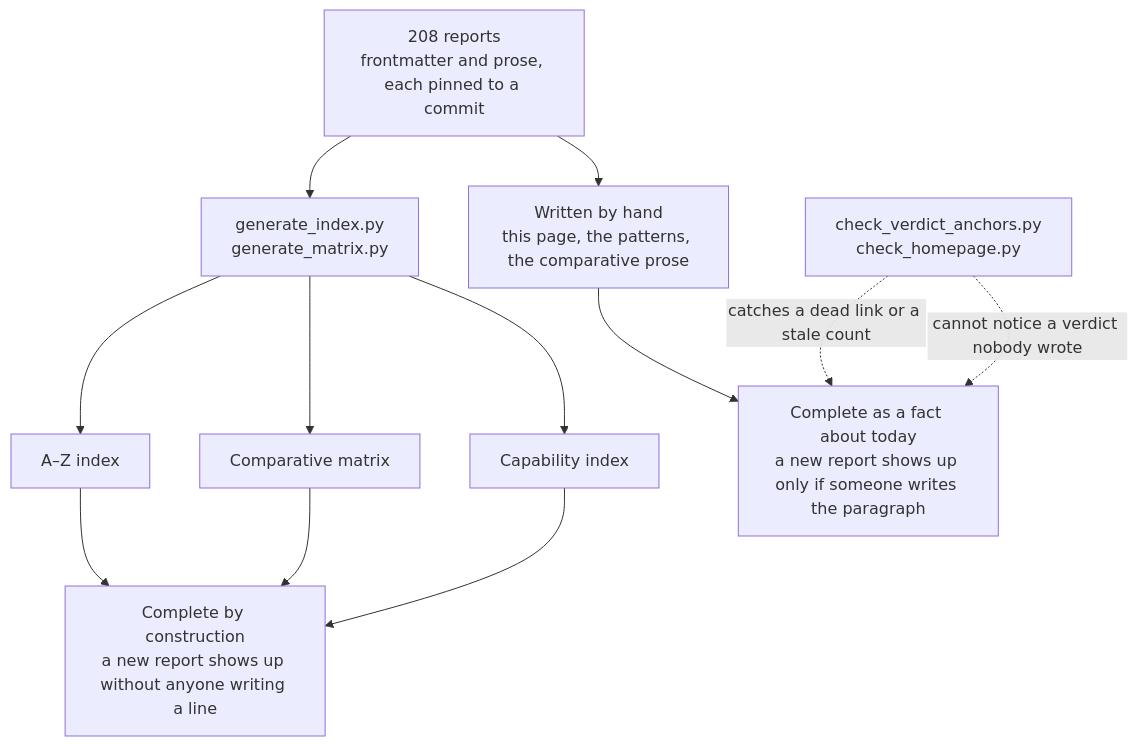
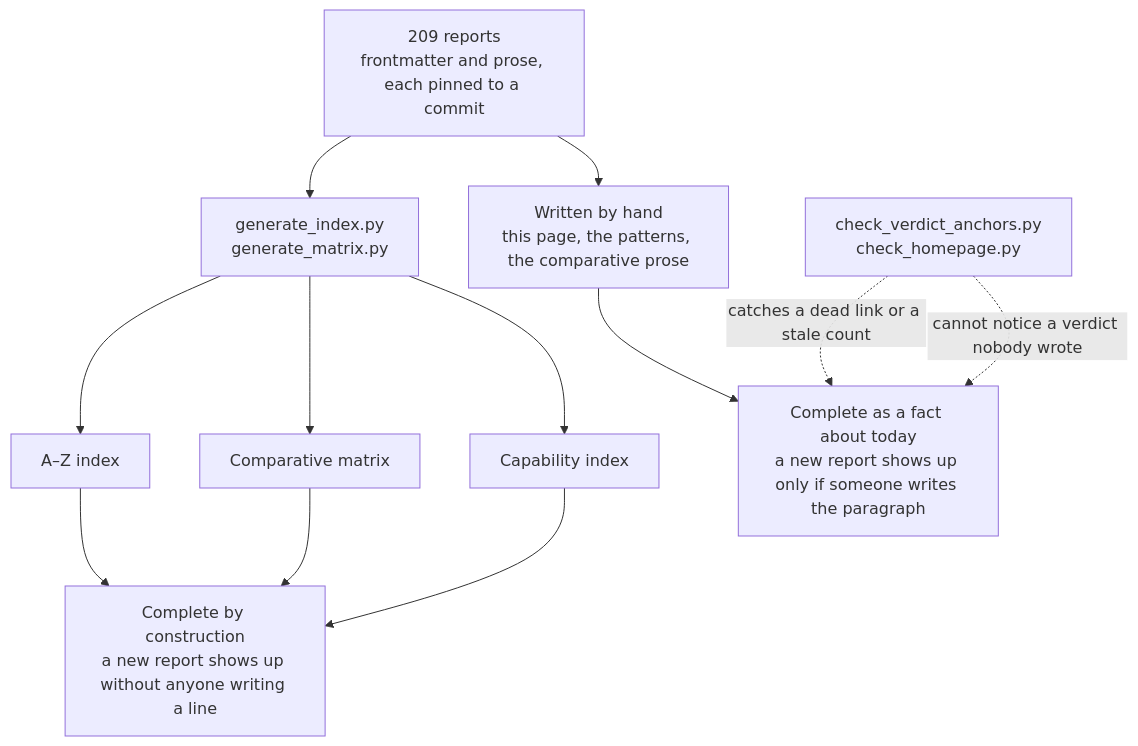
Before and after one commit to neoneye/agent-memory-atlas: the diagram in content/verdicts.md, drawn with Mermaid. The commit also changed other lines of this file and 19 other files, not shown here.

````diff
--- a/content/verdicts.md
+++ b/content/verdicts.md
@@ -40,15 +40,15 @@
 ```mermaid
 flowchart TD
-    R["208 reports<br/>frontmatter and prose, each pinned to a commit"]
+    R["209 reports<br/>frontmatter and prose, each pinned to a commit"]
     R --> GEN["generate_index.py<br/>generate_matrix.py"]
     R --> HAND["Written by hand<br/>this page, the patterns, the comparative prose"]
     GEN --> AZ["A–Z index"]
     GEN --> MX["Comparative matrix"]
     GEN --> CI["Capability index"]
     AZ --> CONST["Complete by construction<br/>a new report shows up without anyone writing a line"]
     MX --> CONST
     CI --> CONST
     HAND --> TODAY["Complete as a fact about today<br/>a new report shows up only if someone writes the paragraph"]
     CHK["check_verdict_anchors.py<br/>check_homepage.py"] -.->|"catches a dead link or a stale count"| TODAY
     CHK -.->|"cannot notice a verdict nobody wrote"| TODAY
 ```
````
